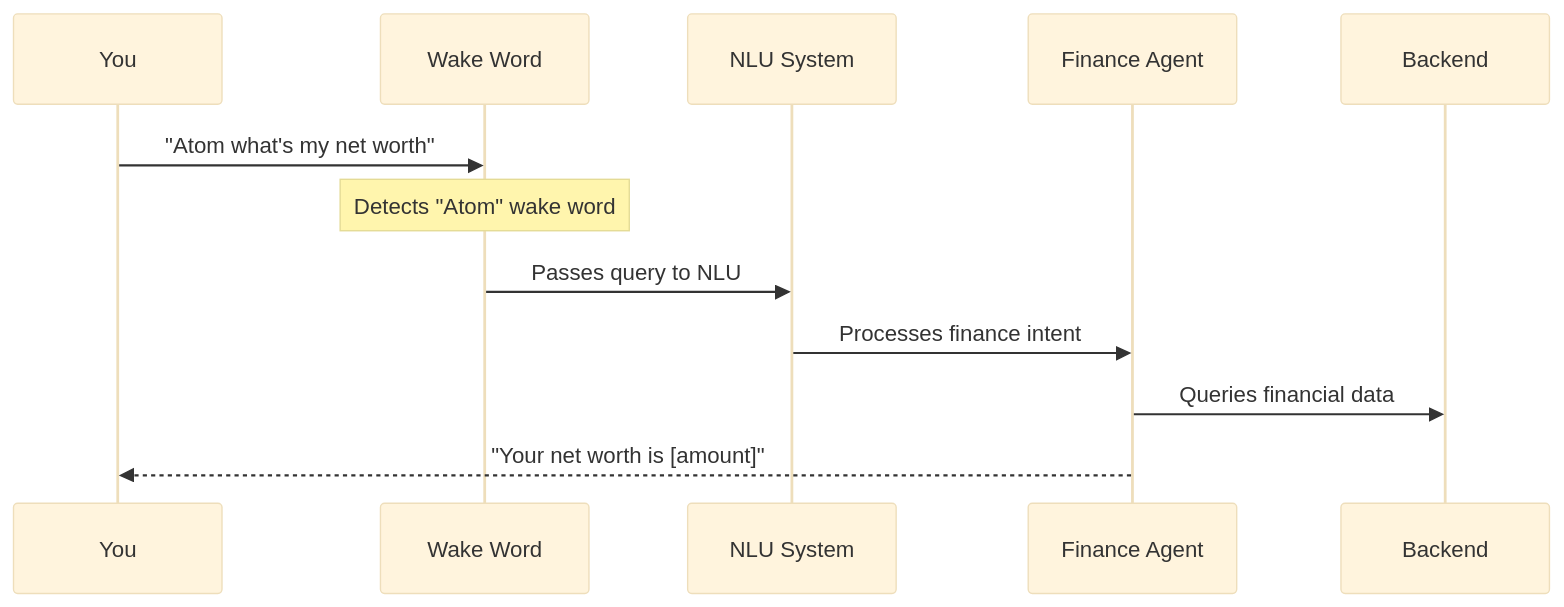
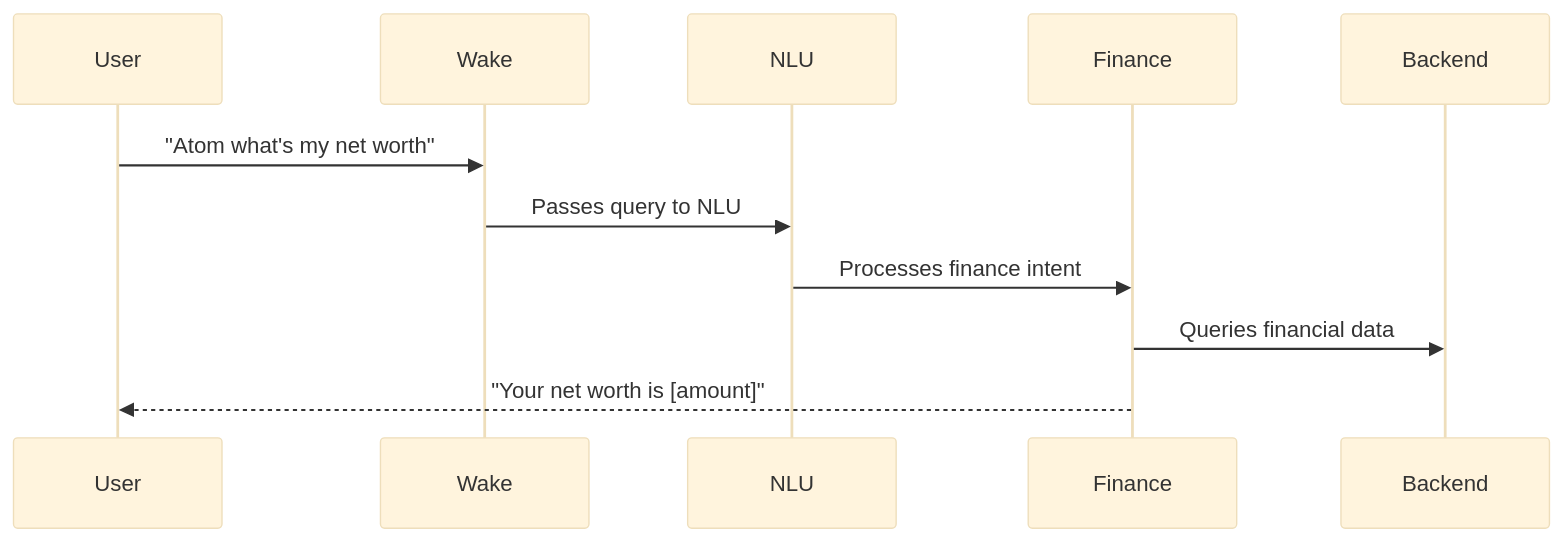
The diagram in README.md (rush86999/atomic), drawn with Mermaid (base theme) before and after one commit. The commit also changed other lines of this file, not shown here.

First line of the commit message:
fix: Resolve mermaid diagram syntax errors in README.md

````diff
--- a/README.md
+++ b/README.md
@@ -109,14 +109,14 @@
 ```mermaid
     sequenceDiagram
-    participant User as You
-    participant Wake as Wake Word
-    participant NLU as NLU System
-    participant Finance as Finance Agent
+    participant User
+    participant Wake
+    participant NLU
+    participant Finance
+    participant Backend
     
     User->>Wake: "Atom what's my net worth"
-    Note over Wake: Detects "Atom" wake word
     Wake->>NLU: Passes query to NLU
     NLU->>Finance: Processes finance intent
     Finance->>Backend: Queries financial data
     Finance-->>User: "Your net worth is [amount]"
 ```
````
